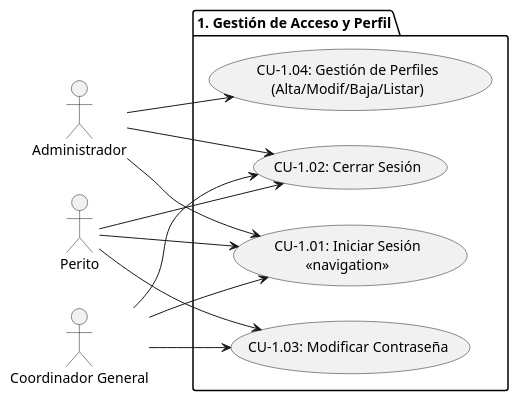
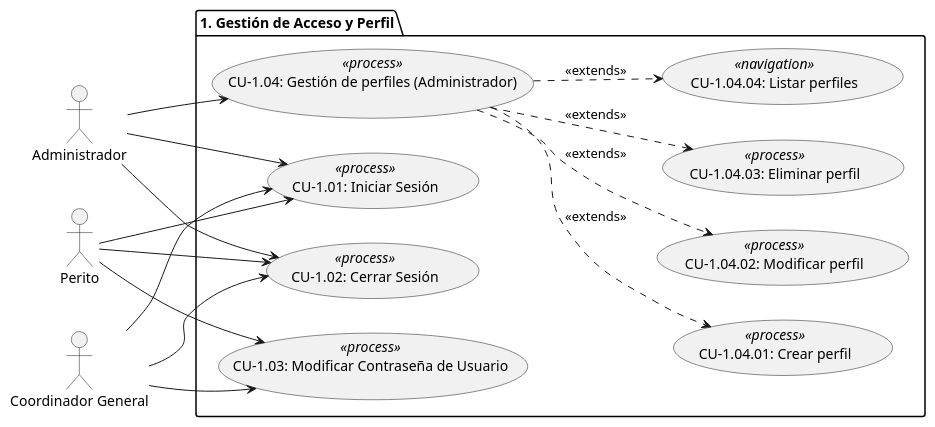
Before and after one commit to c4lvar3z7/Doc-ForenSys: the diagram in CU1.puml, drawn with PlantUML. The commit also changed 10 other files, not shown here.

Commit message:
agregado y actualizados diagramas de CU

```diff
--- a/CU1.puml
+++ b/CU1.puml
@@ -1,26 +1,36 @@
 @startuml
 left to right direction
 
 actor :Administrador: as Admin
 actor :Perito: as Perito
 actor :Coordinador General: as Coordinador
 
 package "1. Gestión de Acceso y Perfil" {
-    usecase "CU-1.01: Iniciar Sesión\n«navigation»" as CU_1_01
-    usecase "CU-1.02: Cerrar Sesión" as CU_1_02
-    usecase "CU-1.03: Modificar Contraseña" as CU_1_03
-    usecase "CU-1.04: Gestión de Perfiles\n(Alta/Modif/Baja/Listar)" as CU_1_04
+    usecase "CU-1.01: Iniciar Sesión" as CU_1_01 <<process>>
+    usecase "CU-1.02: Cerrar Sesión" as CU_1_02 <<process>>
+    usecase "CU-1.03: Modificar Contraseña de Usuario" as CU_1_03 <<process>>
+    
+    usecase "CU-1.04: Gestión de perfiles (Administrador)" as CU_1_04 <<process>>
+    usecase "CU-1.04.01: Crear perfil" as CU_1_04_01 <<process>>
+    usecase "CU-1.04.02: Modificar perfil" as CU_1_04_02 <<process>>
+    usecase "CU-1.04.03: Eliminar perfil" as CU_1_04_03 <<process>>
+    usecase "CU-1.04.04: Listar perfiles" as CU_1_04_04 <<navigation>>
+    
+    CU_1_04 ..> CU_1_04_01 : <<extends>>
+    CU_1_04 ..> CU_1_04_02 : <<extends>>
+    CU_1_04 ..> CU_1_04_03 : <<extends>>
+    CU_1_04 ..> CU_1_04_04 : <<extends>>
 }
 
 Perito --> CU_1_01
 Perito --> CU_1_02
 Perito --> CU_1_03
 
 Coordinador --> CU_1_01
 Coordinador --> CU_1_02
 Coordinador --> CU_1_03
 
 Admin --> CU_1_01
 Admin --> CU_1_02
 Admin --> CU_1_04
 @endum
```
